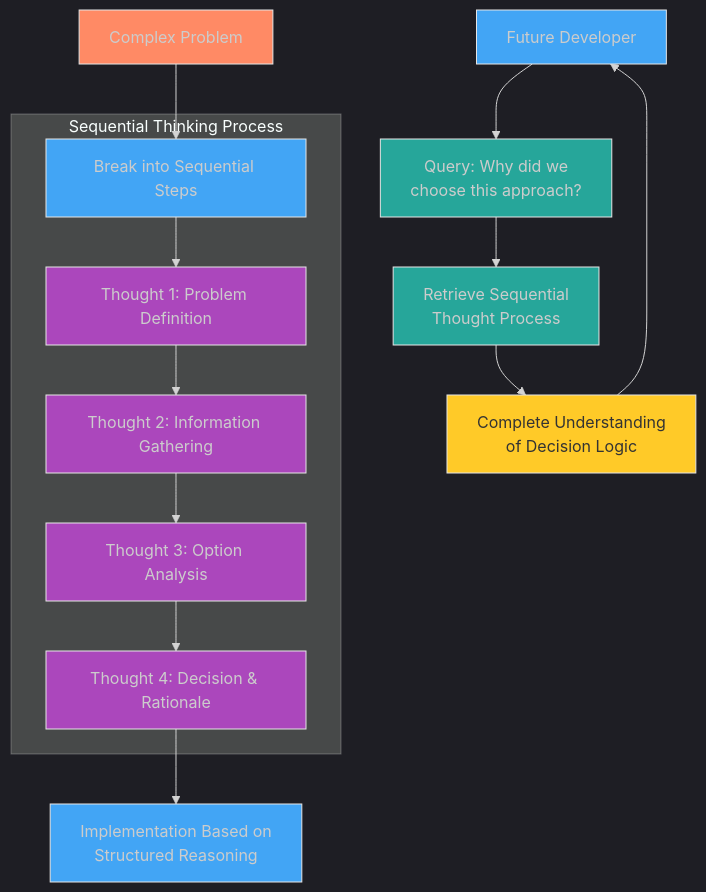
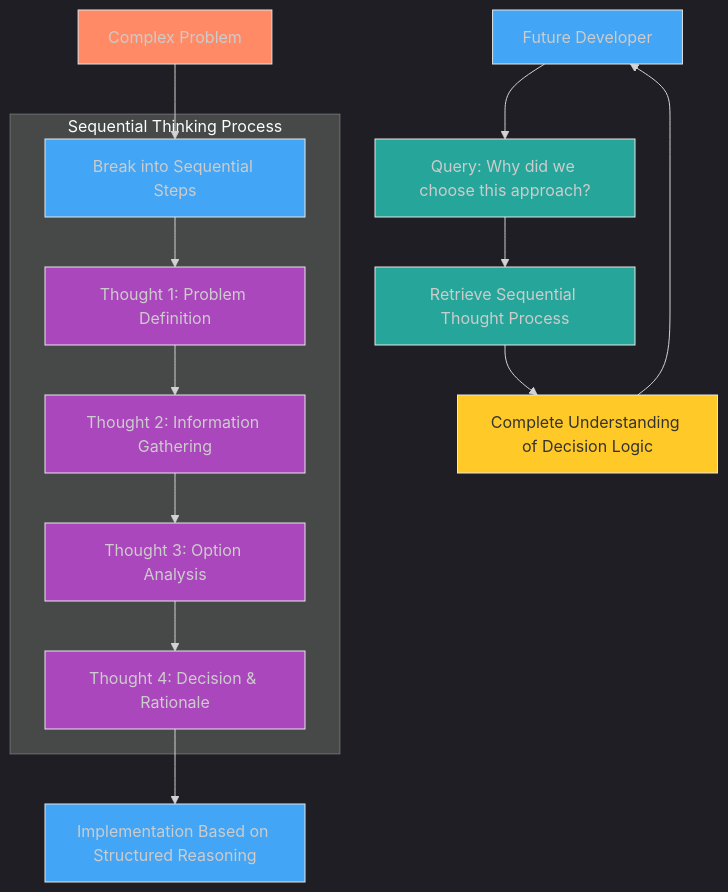
Before and after one commit to somebloke1/chroma_mcp_server: the first of 8 diagrams in docs/thinking_tools/sequential_thinking.md, drawn with Mermaid. The commit also changed other lines of this file and 19 other files, not shown here.

````diff
--- a/docs/thinking_tools/sequential_thinking.md
+++ b/docs/thinking_tools/sequential_thinking.md
@@ -19,31 +19,31 @@
 ```mermaid
 %%{init: {'theme': 'dark'}}%%
 flowchart TD
     A[Complex Problem] --> B["Break into Sequential Steps"]
     
     subgraph "Sequential Thinking Process"
         B --> C["Thought 1: Problem Definition"]
         C --> D["Thought 2: Information Gathering"]
         D --> E["Thought 3: Option Analysis"]
         E --> F["Thought 4: Decision & Rationale"]
     end
     
-    F --> G["Implementation Based on\nStructured Reasoning"]
+    F --> G["Implementation Based on Structured Reasoning"]
     
-    H[Future Developer] --> I["Query: Why did we\nchoose this approach?"]
-    I --> J["Retrieve Sequential\nThought Process"]
-    J --> K["Complete Understanding\nof Decision Logic"]
+    H[Future Developer] --> I["Query: Why did we choose this approach?"]
+    I --> J["Retrieve Sequential Thought Process"]
+    J --> K["Complete Understanding of Decision Logic"]
     K --> H
 
     style A fill:#FF8A65,stroke:#E6E6E6,stroke-width:1px
     style B fill:#42A5F5,stroke:#E6E6E6,stroke-width:1px
     style C fill:#AB47BC,stroke:#E6E6E6,stroke-width:1px
     style D fill:#AB47BC,stroke:#E6E6E6,stroke-width:1px
     style E fill:#AB47BC,stroke:#E6E6E6,stroke-width:1px
     style F fill:#AB47BC,stroke:#E6E6E6,stroke-width:1px
     style G fill:#42A5F5,stroke:#E6E6E6,stroke-width:1px
     style H fill:#42A5F5,stroke:#E6E6E6,stroke-width:1px
     style I fill:#26A69A,stroke:#E6E6E6,stroke-width:1px
     style J fill:#26A69A,stroke:#E6E6E6,stroke-width:1px
     style K fill:#FFCA28,stroke:#E6E6E6,stroke-width:1px,color:#333333
 ```
````
